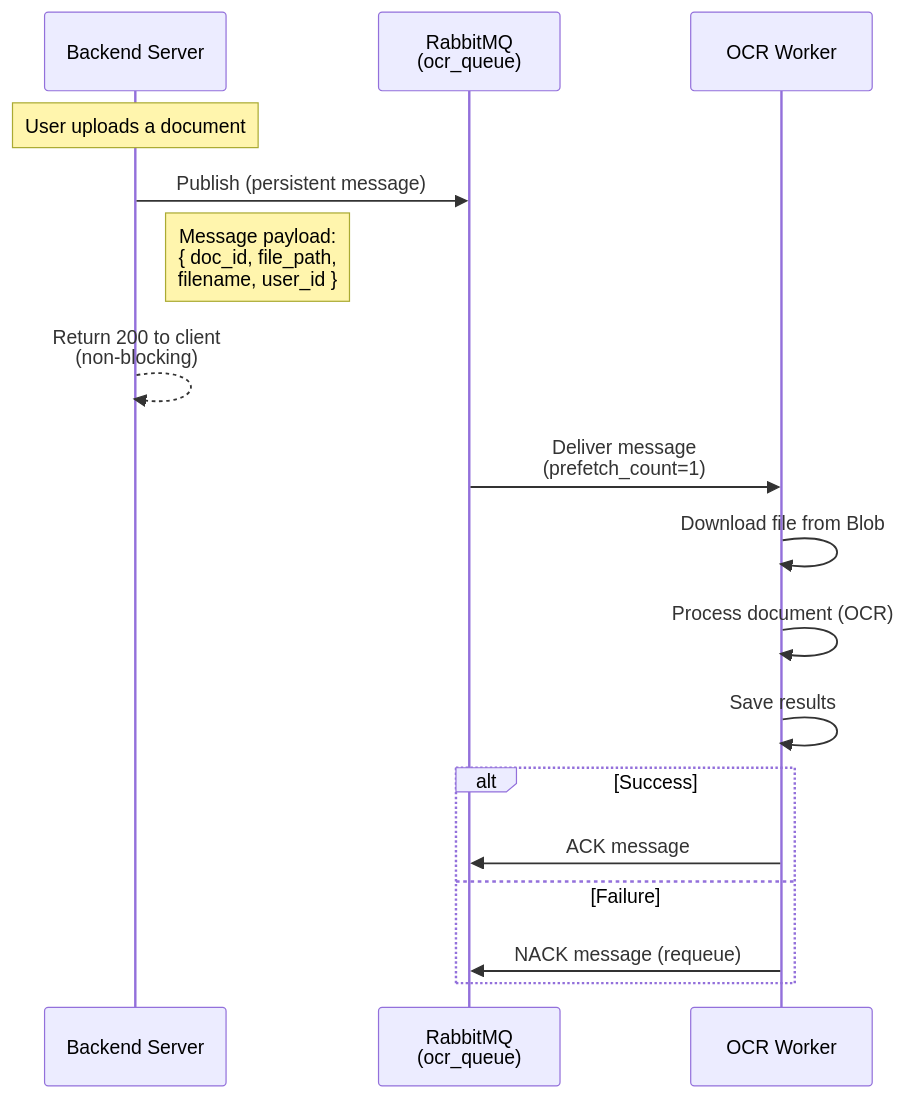
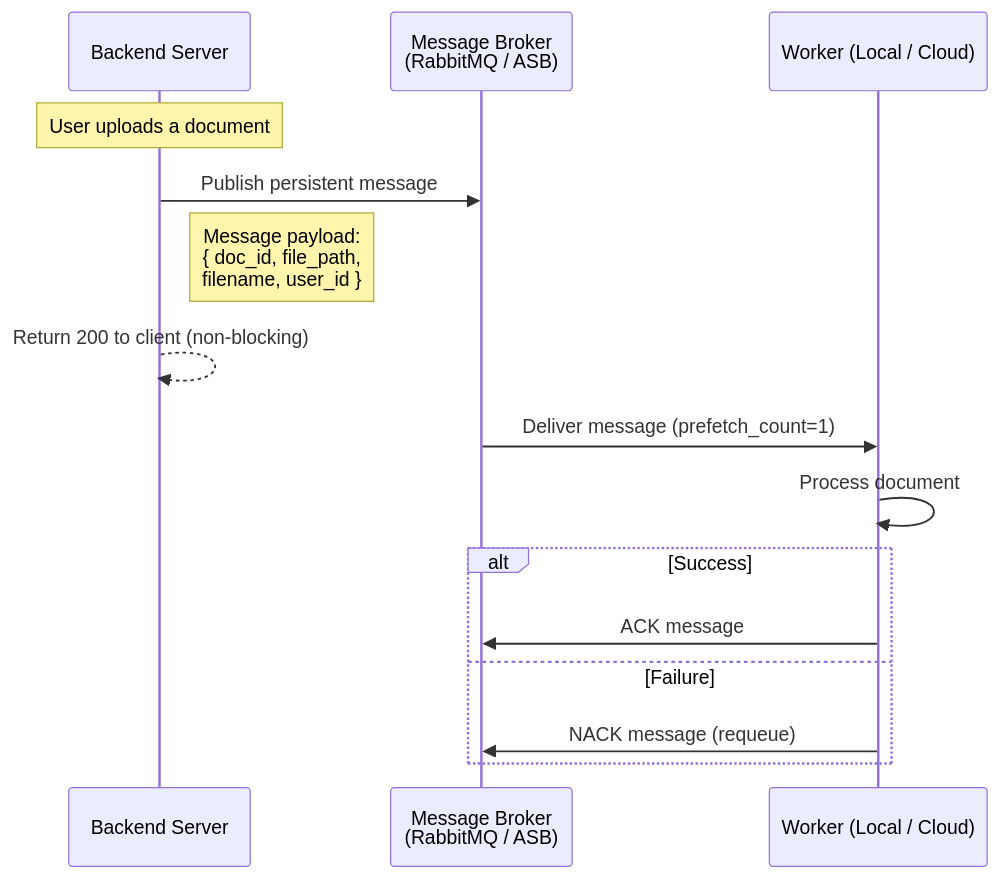
The third of 5 diagrams in docs/overview/architecture.md (NassaQ/docs), drawn with Mermaid before and after one commit. The commit also changed other lines of this file and 9 other files, not shown here.

````diff
--- a/docs/overview/architecture.md
+++ b/docs/overview/architecture.md
@@ -150,25 +166,19 @@
 ```mermaid
 sequenceDiagram
     participant Server as Backend Server
-    participant RMQ as RabbitMQ<br/>(ocr_queue)
-    participant OCR as OCR Worker
+    participant Broker as Message Broker<br/>(RabbitMQ / ASB)
+    participant Worker as Worker (Local / Cloud)
 
     Note over Server: User uploads a document
+    Server->>Broker: Publish persistent message
+    Note right of Server: Message payload:<br/>{ doc_id, file_path,<br/>  filename, user_id }
+    Server-->>Server: Return 200 to client (non-blocking)
 
-    Server->>RMQ: Publish (persistent message)
-    Note right of Server: Message payload:<br/>{ doc_id, file_path,<br/>  filename, user_id }
-
-    Server-->>Server: Return 200 to client<br/>(non-blocking)
-
-    RMQ->>OCR: Deliver message<br/>(prefetch_count=1)
-    
-    OCR->>OCR: Download file from Blob
-    OCR->>OCR: Process document (OCR)
-    OCR->>OCR: Save results
-
+    Broker->>Worker: Deliver message (prefetch_count=1)
+    Worker->>Worker: Process document
     alt Success
-        OCR->>RMQ: ACK message
+        Worker->>Broker: ACK message
     else Failure
-        OCR->>RMQ: NACK message (requeue)
+        Worker->>Broker: NACK message (requeue)
     end
 ```
````
